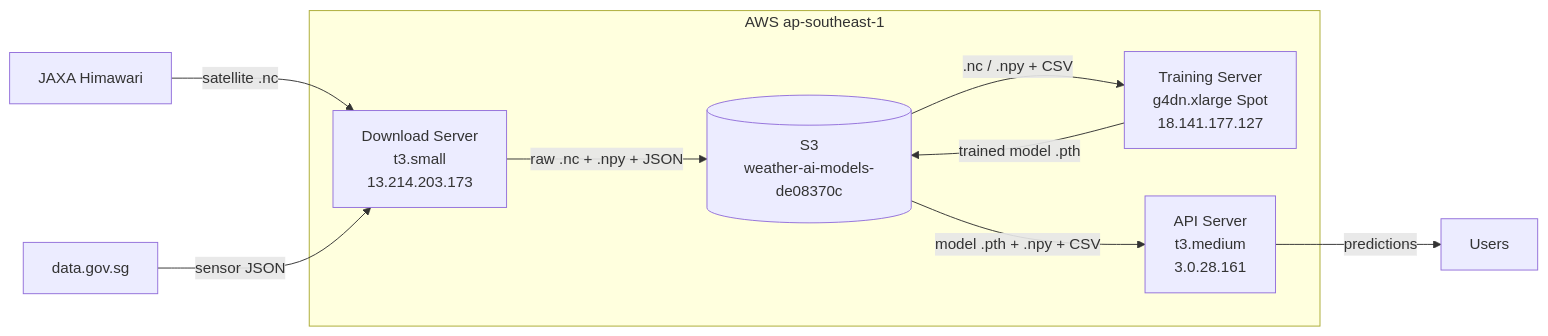
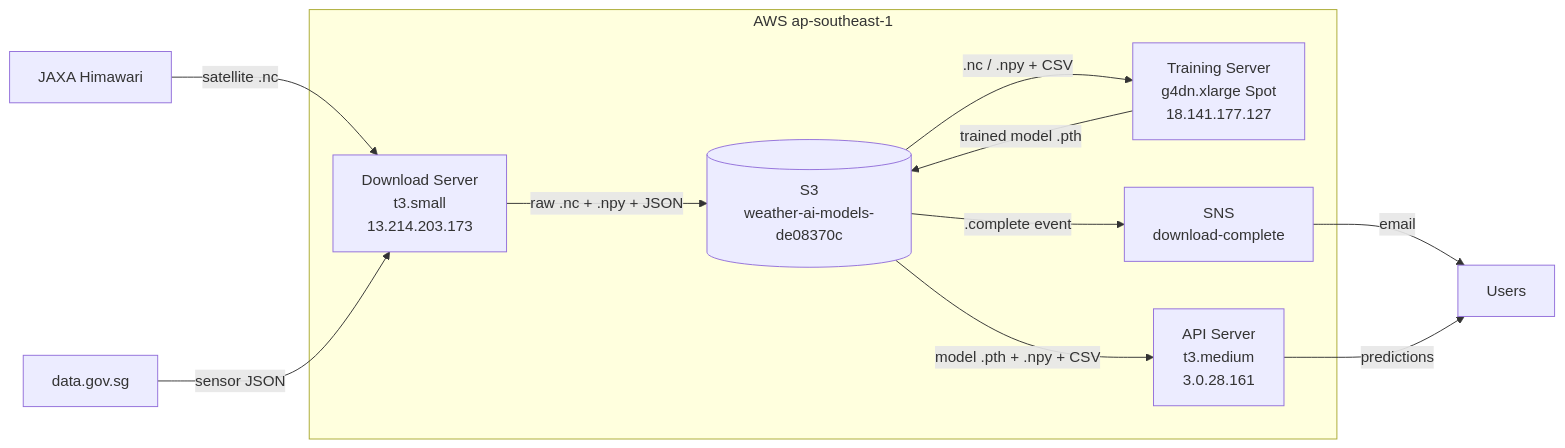
Before and after one commit to goantigravity-bot/singapore-weather-ai: the first of 2 diagrams in docs/server-infrastructure-en.md, drawn with Mermaid. The commit also changed other lines of this file and 14 other files, not shown here.

````diff
--- a/docs/server-infrastructure-en.md
+++ b/docs/server-infrastructure-en.md
@@ -7,17 +7,20 @@
 ```mermaid
 graph LR
     subgraph AWS ap-southeast-1
         DL[Download Server<br/>t3.small<br/>13.214.203.173]
         TR[Training Server<br/>g4dn.xlarge Spot<br/>18.141.177.127]
         API[API Server<br/>t3.medium<br/>3.0.28.161]
         S3[(S3<br/>weather-ai-models-de08370c)]
+        SNS[SNS<br/>download-complete]
     end
 
     JAXA[JAXA Himawari] -->|satellite .nc| DL
     GOV[data.gov.sg] -->|sensor JSON| DL
     DL -->|raw .nc + .npy + JSON| S3
+    S3 -->|.complete event| SNS
+    SNS -->|email| Users
     S3 -->|.nc / .npy + CSV| TR
     S3 -->|model .pth + .npy + CSV| API
     TR -->|trained model .pth| S3
     API -->|predictions| Users
 ```
````
